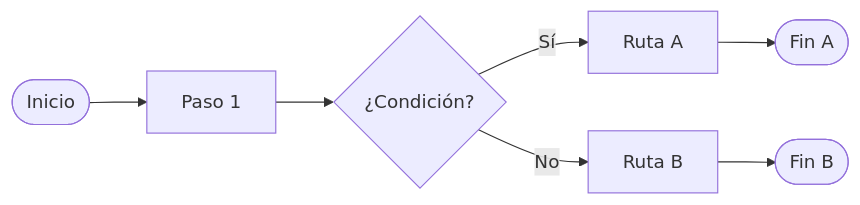
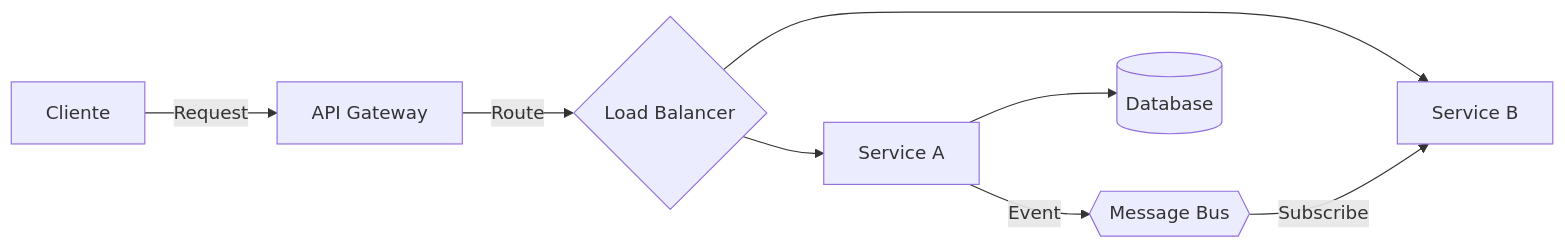
One commit to gonzalezpazmonica/pm-workspace changed the second of 4 diagrams in .claude/skills/diagram-generation/references/mermaid-templates.md. Above: the diagram before and after it, drawn with Mermaid. The commit also changed other lines of this file and 53 other files, not shown here.

````diff
--- a/.claude/skills/diagram-generation/references/mermaid-templates.md
+++ b/.claude/skills/diagram-generation/references/mermaid-templates.md
@@ -55,9 +30,10 @@
 ```mermaid
 flowchart LR
-    START([Inicio]) --> STEP1[Paso 1]
-    STEP1 --> DECISION{¿Condición?}
-    DECISION -->|Sí| PATH_A[Ruta A]
-    DECISION -->|No| PATH_B[Ruta B]
-    PATH_A --> END_A([Fin A])
-    PATH_B --> END_B([Fin B])
+    A[Cliente] -->|Request| B[API Gateway]
+    B -->|Route| C{Load Balancer}
+    C --> D[Service A]
+    C --> E[Service B]
+    D -->|Event| F{{Message Bus}}
+    F -->|Subscribe| E
+    D --> G[(Database)]
 ```
````
